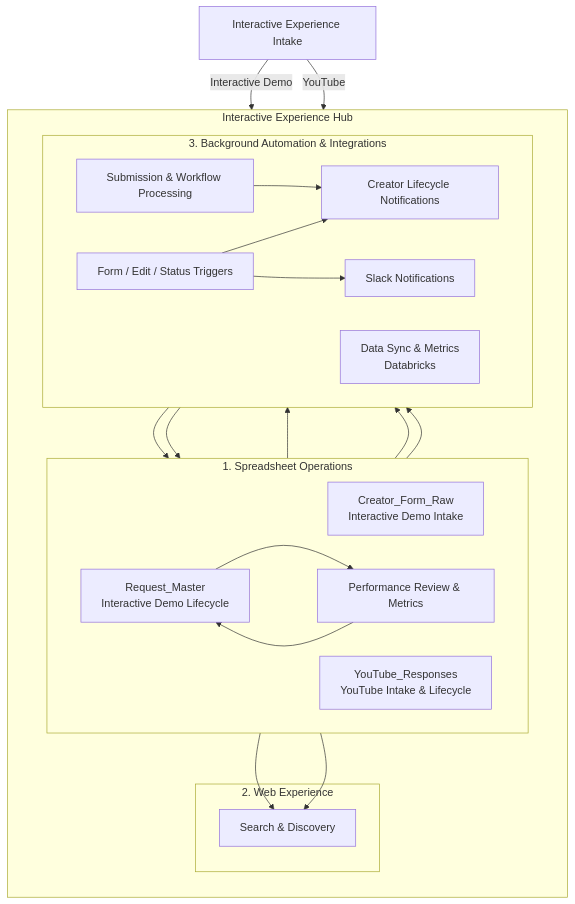
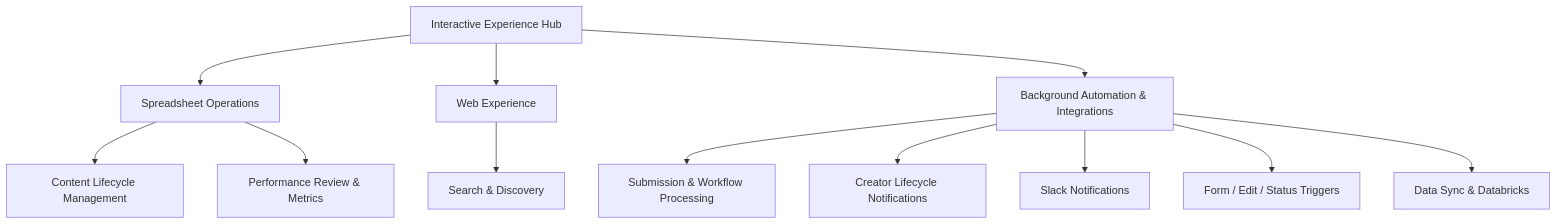
The second of 4 diagrams in docs/architecture.md (rubyyyyang/interactive-experience-hub), drawn with Mermaid before and after one commit. The commit also changed other lines of this file, not shown here.

Commit message:
docs: clarify Hub architecture and feature workflows

````diff
--- a/docs/architecture.md
+++ b/docs/architecture.md
@@ -27,50 +32,19 @@
 ```mermaid
-graph TB
-    INTAKE[Interactive Experience Intake]
-    
-    subgraph HUB["Interactive Experience Hub"]
-        direction TB
-        
-        subgraph SHEET["1. Spreadsheet Operations"]
-            direction LR
-            CFR[Creator_Form_Raw<br/>Interactive Demo Intake]
-            RM[Request_Master<br/>Interactive Demo Lifecycle]
-            YT[YouTube_Responses<br/>YouTube Intake & Lifecycle]
-            PERF[Performance Review & Metrics]
-        end
-        
-        subgraph AUTO["3. Background Automation & Integrations"]
-            direction LR
-            PROCESS[Submission & Workflow Processing]
-            TRIG[Form / Edit / Status Triggers]
-            EMAIL[Creator Lifecycle Notifications]
-            SLACK[Slack Notifications]
-            DATA[Data Sync & Metrics<br/>Databricks]
-        end
-        
-        subgraph WEB["2. Web Experience"]
-            DISC[Search & Discovery]
-        end
-        
-        CFR --> PROCESS
-        PROCESS --> RM
-        PROCESS --> EMAIL
-        
-        RM --> TRIG
-        RM --> PERF
-        RM --> DISC
-        
-        YT --> TRIG
-        YT --> DISC
-        
-        TRIG --> EMAIL
-        TRIG --> SLACK
-        
-        PERF --> RM
-        
-        DATA --> RM
-    end
-    
-    INTAKE -->|Interactive Demo| CFR
-    INTAKE -->|YouTube| YT
+flowchart TB
+    HUB[Interactive Experience Hub]
+
+    HUB --> SHEET[Spreadsheet Operations]
+    HUB --> WEB[Web Experience]
+    HUB --> AUTO[Background Automation & Integrations]
+
+    SHEET --> LIFE[Content Lifecycle Management]
+    SHEET --> PERF[Performance Review & Metrics]
+
+    WEB --> SEARCH[Search & Discovery]
+
+    AUTO --> PROCESS[Submission & Workflow Processing]
+    AUTO --> EMAIL[Creator Lifecycle Notifications]
+    AUTO --> SLACK[Slack Notifications]
+    AUTO --> TRIG[Form / Edit / Status Triggers]
+    AUTO --> DATA[Data Sync & Databricks]
 ```
````
